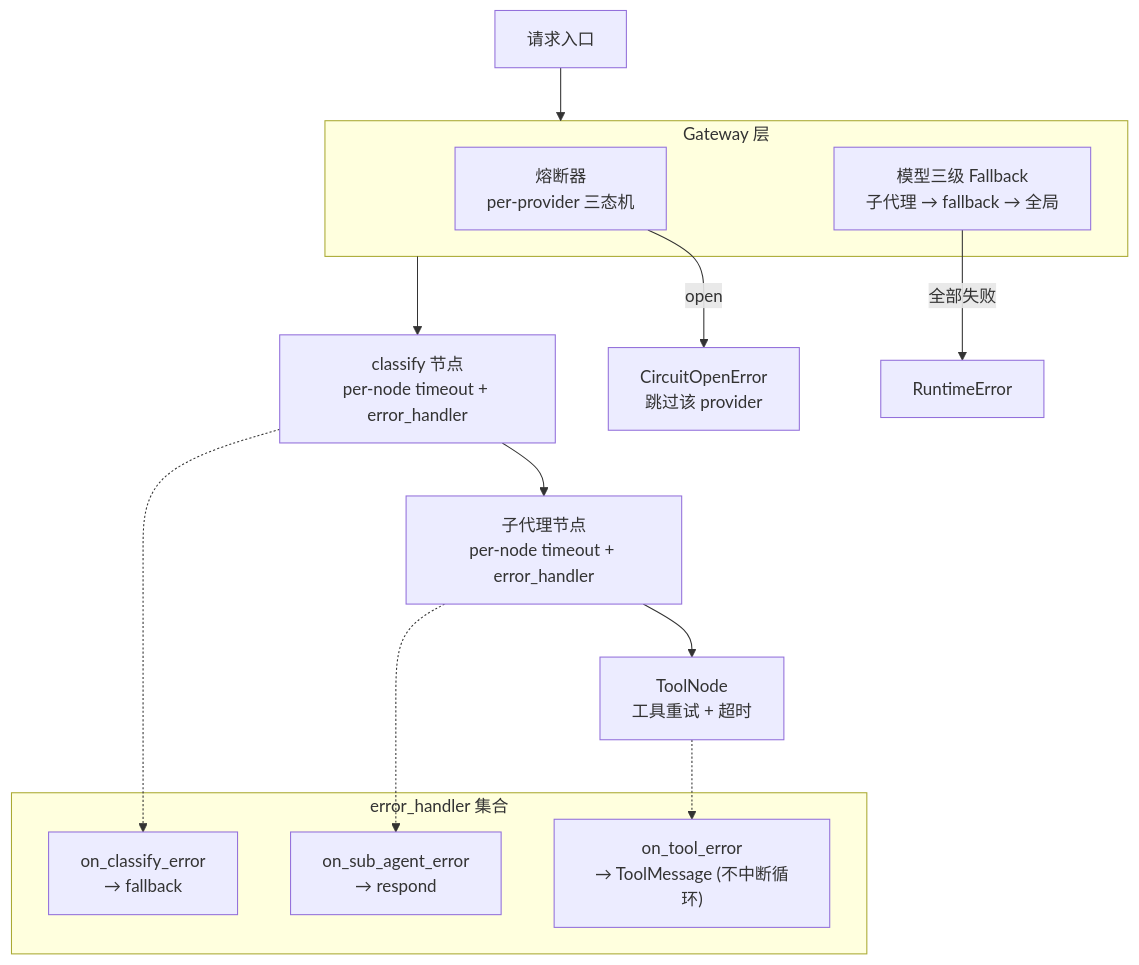
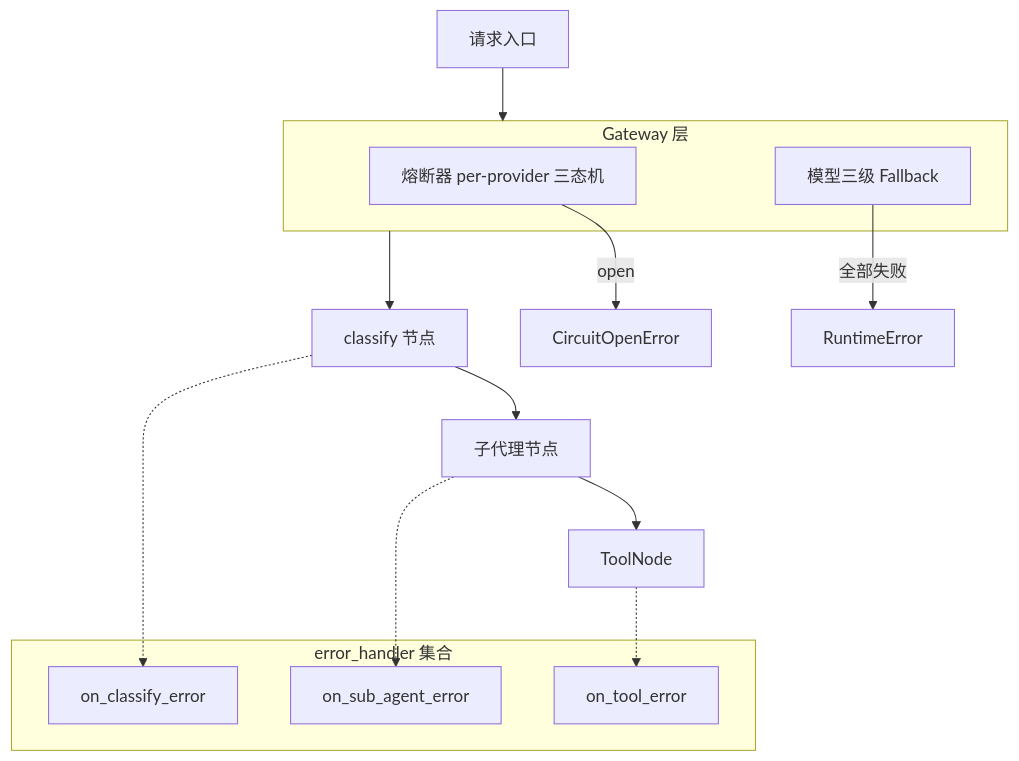
Before and after one commit to heelynn/artipivot: the diagram in doc/modules/resilience.md, drawn with Mermaid. The commit also changed other lines of this file and 64 other files, not shown here.

````diff
--- a/doc/modules/resilience.md
+++ b/doc/modules/resilience.md
@@ -5,26 +5,26 @@
 ```mermaid
 flowchart TD
     Req["请求入口"] --> Gateway
 
     subgraph Gateway["Gateway 层"]
-        CB["熔断器<br/>per-provider 三态机"]
-        FB["模型三级 Fallback<br/>子代理 → fallback → 全局"]
+        CB["熔断器 per-provider 三态机"]
+        FB["模型三级 Fallback"]
     end
 
-    Gateway --> Classify["classify 节点<br/>per-node timeout + error_handler"]
-    Classify --> SubAgent["子代理节点<br/>per-node timeout + error_handler"]
-    SubAgent --> Tools["ToolNode<br/>工具重试 + 超时"]
+    Gateway --> Classify["classify 节点"]
+    Classify --> SubAgent["子代理节点"]
+    SubAgent --> Tools["ToolNode"]
 
-    CB --> |"open"| Reject["CircuitOpenError<br/>跳过该 provider"]
-    FB --> |"全部失败"| RuntimeError
+    CB -->|"open"| Reject["CircuitOpenError"]
+    FB -->|"全部失败"| RuntimeError
 
     subgraph ErrorHandlers["error_handler 集合"]
-        CEH["on_classify_error<br/>→ fallback"]
-        SEH["on_sub_agent_error<br/>→ respond"]
-        TEH["on_tool_error<br/>→ ToolMessage (不中断循环)"]
+        CEH["on_classify_error"]
+        SEH["on_sub_agent_error"]
+        TEH["on_tool_error"]
     end
 
     Classify -.-> CEH
     SubAgent -.-> SEH
     Tools -.-> TEH
 ```
````
